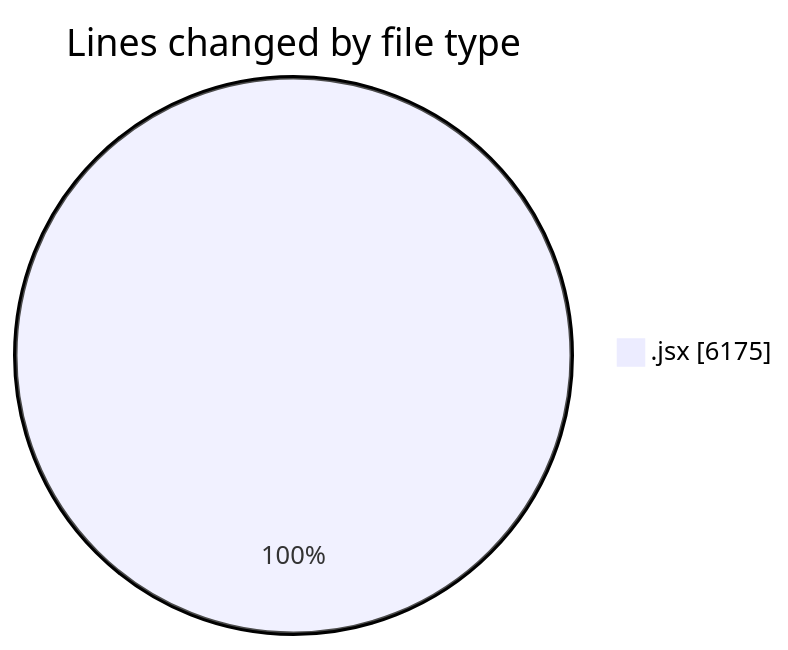
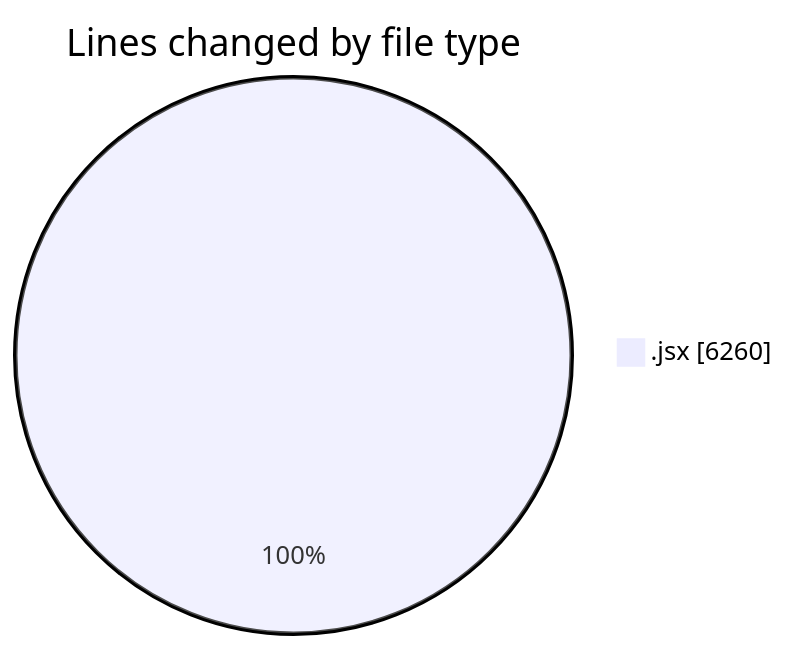
Before and after one commit to nxtqubesakshisongat/code-tracking: the first of 2 diagrams in 2025-05-14/argos-dev/README.md, drawn with Mermaid. The commit also changed other lines of this file and 1 other file, not shown here.

````diff
--- a/2025-05-14/argos-dev/README.md
+++ b/2025-05-14/argos-dev/README.md
@@ -27,5 +27,5 @@
 ```mermaid
 pie showData
 title Lines changed by file type
-".jsx" : 6175
+".jsx" : 6260
 ```
````
